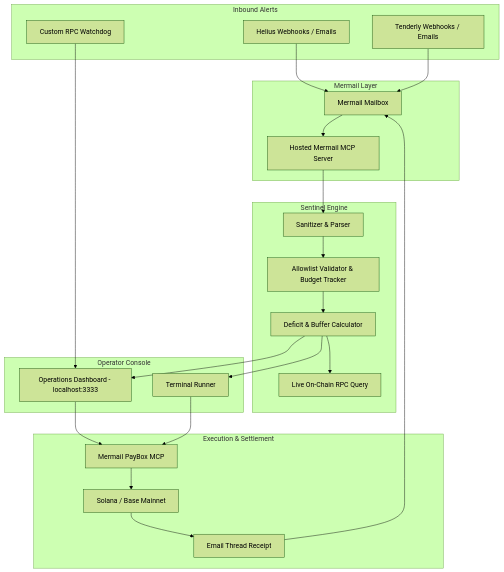
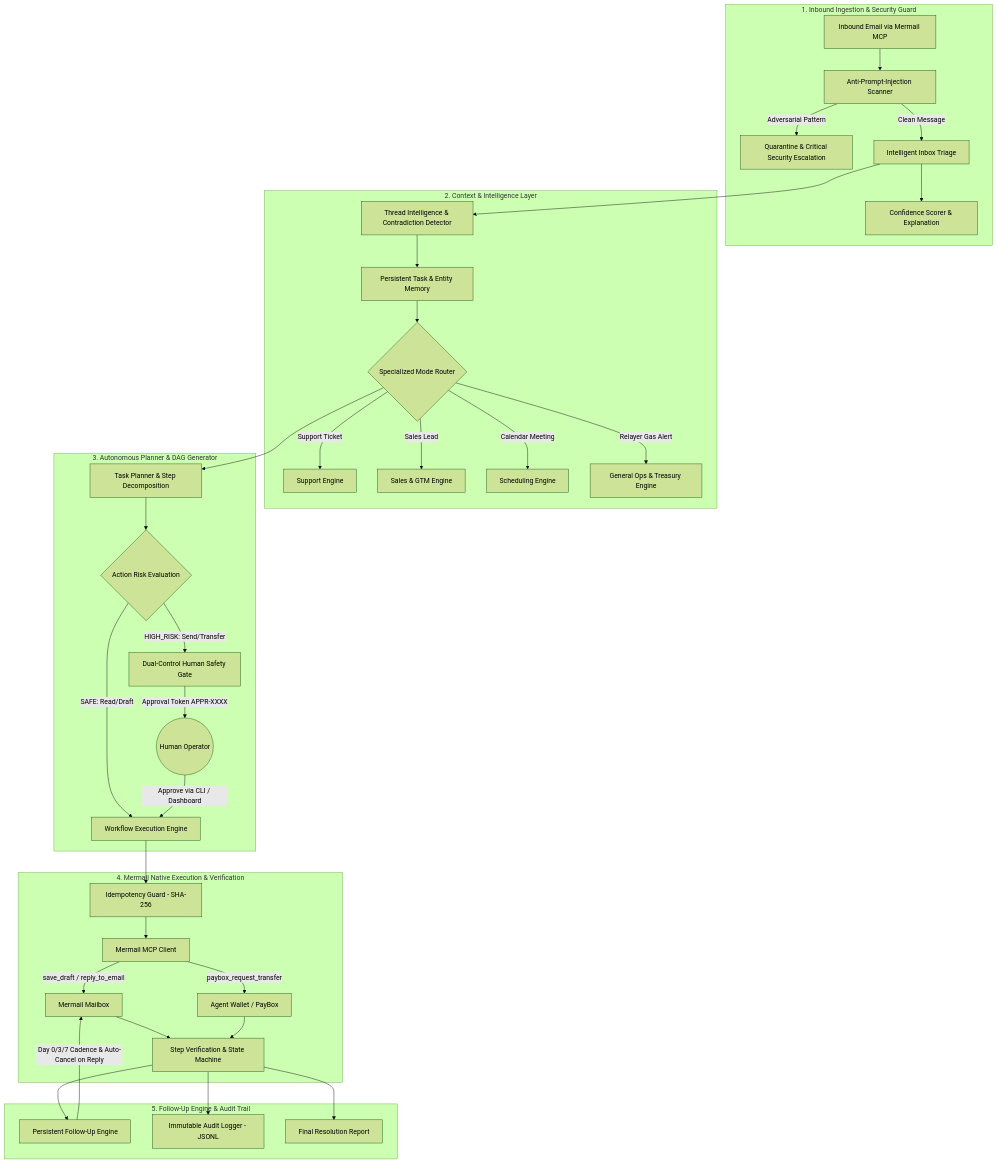
The diagram in README.md (AtharvDhiman/mermail-operations-agent), drawn with Mermaid (forest theme) before and after one commit. The commit also changed other lines of this file and 58 other files, not shown here.

````diff
--- a/README.md
+++ b/README.md
@@ -28,49 +44,43 @@
 ```mermaid
 flowchart TD
-    subgraph Inbound Alerts
-        Helius[Helius Webhooks / Emails]
-        Tenderly[Tenderly Webhooks / Emails]
-        CustomRPC[Custom RPC Watchdog]
+    subgraph Ingestion ["1. Inbound Ingestion & Security Guard"]
+        IN[Inbound Email via Mermail MCP] --> SAN[Anti-Prompt-Injection Scanner]
+        SAN -->|Adversarial Pattern| QUAR[Quarantine & Critical Security Escalation]
+        SAN -->|Clean Message| TRI[Intelligent Inbox Triage]
+        TRI --> CONF[Confidence Scorer & Explanation]
     end
 
-    subgraph Mermail Layer
-        Mailbox[Mermail Mailbox]
-        MCP[Hosted Mermail MCP Server]
+    subgraph Intelligence ["2. Context & Intelligence Layer"]
+        TRI --> THREAD[Thread Intelligence & Contradiction Detector]
+        THREAD --> MEM[Persistent Task & Entity Memory]
+        MEM --> MODE{Specialized Mode Router}
+        MODE -->|Support Ticket| M_SUP[Support Engine]
+        MODE -->|Sales Lead| M_GTM[Sales & GTM Engine]
+        MODE -->|Calendar Meeting| M_SCHED[Scheduling Engine]
+        MODE -->|Relayer Gas Alert| M_OPS[General Ops & Treasury Engine]
     end
 
-    subgraph Sentinel Engine
-        Parser[Sanitizer & Parser]
-        Allowlist[Allowlist Validator & Budget Tracker]
-        DeficitCalc[Deficit & Buffer Calculator]
-        RPC[Live On-Chain RPC Query]
+    subgraph Planning ["3. Autonomous Planner & DAG Generator"]
+        MODE --> PLAN[Task Planner & Step Decomposition]
+        PLAN --> RISK{Action Risk Evaluation}
+        RISK -->|SAFE: Read/Draft| EXEC[Workflow Execution Engine]
+        RISK -->|HIGH_RISK: Send/Transfer| GATE[Dual-Control Human Safety Gate]
+        GATE -->|Approval Token APPR-XXXX| OPERATOR((Human Operator))
+        OPERATOR -->|Approve via CLI / Dashboard| EXEC
     end
 
-    subgraph Operator Console
-        WebUI[Operations Dashboard - localhost:3333]
-        CLI[Terminal Runner]
+    subgraph Execution ["4. Mermail Native Execution & Verification"]
+        EXEC --> IDEM[Idempotency Guard - SHA-256]
+        IDEM --> MCP[Mermail MCP Client]
+        MCP -->|save_draft / reply_to_email| MAIL[Mermail Mailbox]
+        MCP -->|paybox_request_transfer| WALLET[Agent Wallet / PayBox]
+        MAIL & WALLET --> VERIFY[Step Verification & State Machine]
     end
 
-    subgraph Execution & Settlement
-        PayBox[Mermail PayBox MCP]
-        Chain[Solana / Base Mainnet]
-        Receipt[Email Thread Receipt]
+    subgraph Lifecycle ["5. Follow-Up Engine & Audit Trail"]
+        VERIFY --> FUP[Persistent Follow-Up Engine]
+        FUP -->|Day 0/3/7 Cadence & Auto-Cancel on Reply| MAIL
+        VERIFY --> AUDIT[Immutable Audit Logger - JSONL]
+        VERIFY --> REPORT[Final Resolution Report]
     end
-
-    Helius --> Mailbox
-    Tenderly --> Mailbox
-    CustomRPC --> WebUI
-    Mailbox --> MCP
-    MCP --> Parser
-
-    Parser --> Allowlist
-    Allowlist --> DeficitCalc
-    DeficitCalc --> RPC
-    DeficitCalc --> WebUI
-    DeficitCalc --> CLI
-
-    WebUI --> PayBox
-    CLI --> PayBox
-    PayBox --> Chain
-    Chain --> Receipt
-    Receipt --> Mailbox
 ```
````
